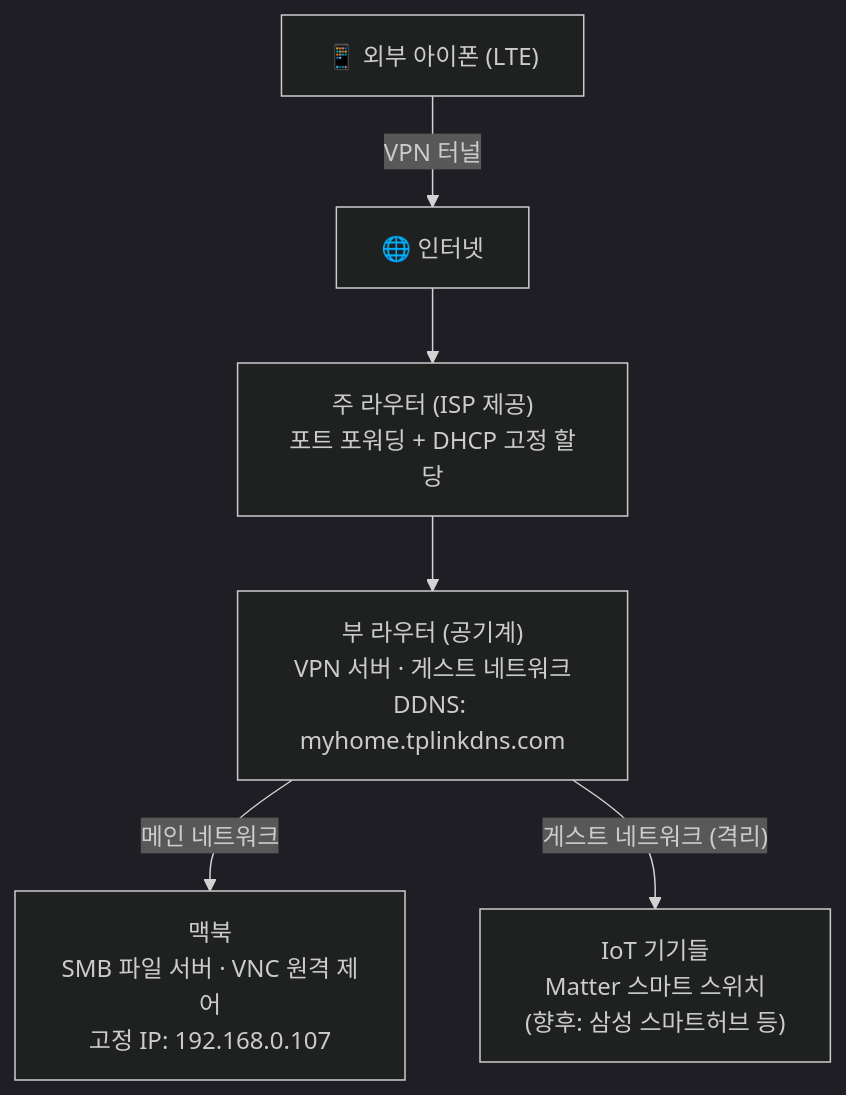
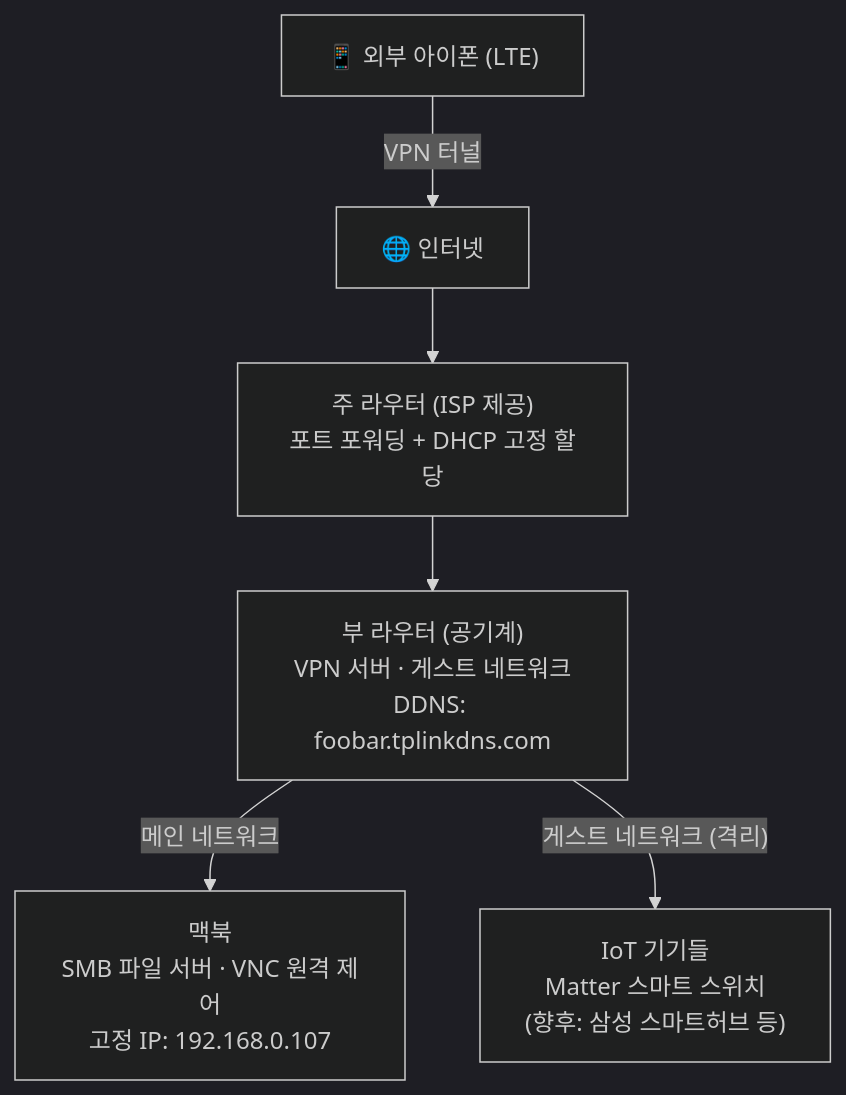
The first of 2 diagrams in content/ko/router-vpn-01.md (samcho0608/samcho0608.github.io), drawn with Mermaid (dark theme) before and after one commit. The commit also changed other lines of this file and 5 other files, not shown here.

````diff
--- a/content/ko/router-vpn-01.md
+++ b/content/ko/router-vpn-01.md
@@ -58,15 +56,15 @@
 ```mermaid
 graph TD
     Internet["🌐 인터넷"]
     LG["주 라우터 (ISP 제공)<br/>포트 포워딩 + DHCP 고정 할당"]
-    C6["부 라우터 (공기계)<br/>VPN 서버 · 게스트 네트워크<br/>DDNS: myhome.tplinkdns.com"]
+    C6["부 라우터 (공기계)<br/>VPN 서버 · 게스트 네트워크<br/>DDNS: foobar.tplinkdns.com"]
     MacBook["맥북<br/>SMB 파일 서버 · VNC 원격 제어<br/>고정 IP: 192.168.0.107"]
     IoT["IoT 기기들<br/>Matter 스마트 스위치<br/>(향후: 삼성 스마트허브 등)"]
     Outside["📱 외부 아이폰 (LTE)"]
 
     Internet --> LG
     LG --> C6
     C6 -->|"메인 네트워크"| MacBook
     C6 -->|"게스트 네트워크 (격리)"| IoT
     Outside -->|"VPN 터널"| Internet
 ```
````
